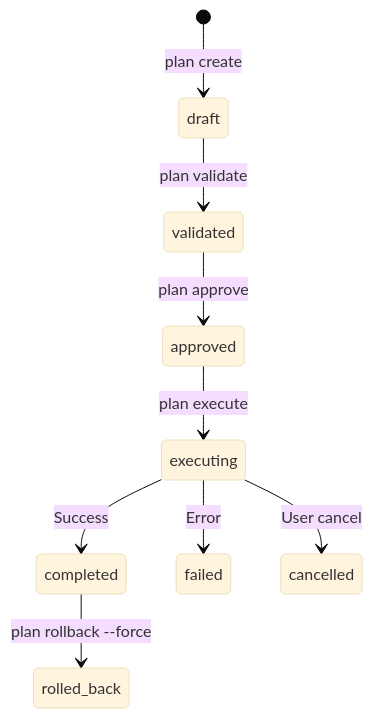
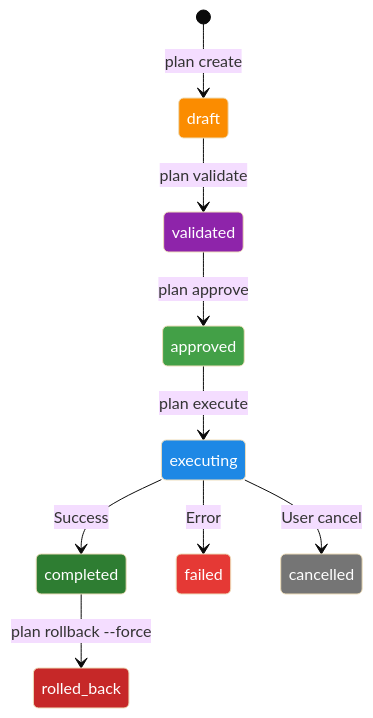
The second of 2 diagrams in docs/EXECUTION_WORKFLOW_GUIDE.md (vedanta/dfo), drawn with Mermaid (base theme) before and after one commit. The commit also changed other lines of this file, not shown here.

Commit message:
docs: Use dark-mode friendly colors in Mermaid diagrams
White text on solid color backgrounds for better contrast.

🤖 Generated with [Claude Code](https://claude.com/claude-code)

````diff
--- a/docs/EXECUTION_WORKFLOW_GUIDE.md
+++ b/docs/EXECUTION_WORKFLOW_GUIDE.md
@@ -483,11 +484,29 @@
 ```mermaid
 stateDiagram-v2
     [*] --> draft: plan create
     draft --> validated: plan validate
     validated --> approved: plan approve
     approved --> executing: plan execute
     executing --> completed: Success
     executing --> failed: Error
     executing --> cancelled: User cancel
     completed --> rolled_back: plan rollback --force
+
+    classDef draftStyle fill:#fb8c00,color:#fff
+    classDef validStyle fill:#8e24aa,color:#fff
+    classDef approveStyle fill:#43a047,color:#fff
+    classDef execStyle fill:#1e88e5,color:#fff
+    classDef doneStyle fill:#2e7d32,color:#fff
+    classDef failStyle fill:#e53935,color:#fff
+    classDef cancelStyle fill:#757575,color:#fff
+    classDef rollStyle fill:#c62828,color:#fff
+
+    class draft draftStyle
+    class validated validStyle
+    class approved approveStyle
+    class executing execStyle
+    class completed doneStyle
+    class failed failStyle
+    class cancelled cancelStyle
+    class rolled_back rollStyle
 ```
````
